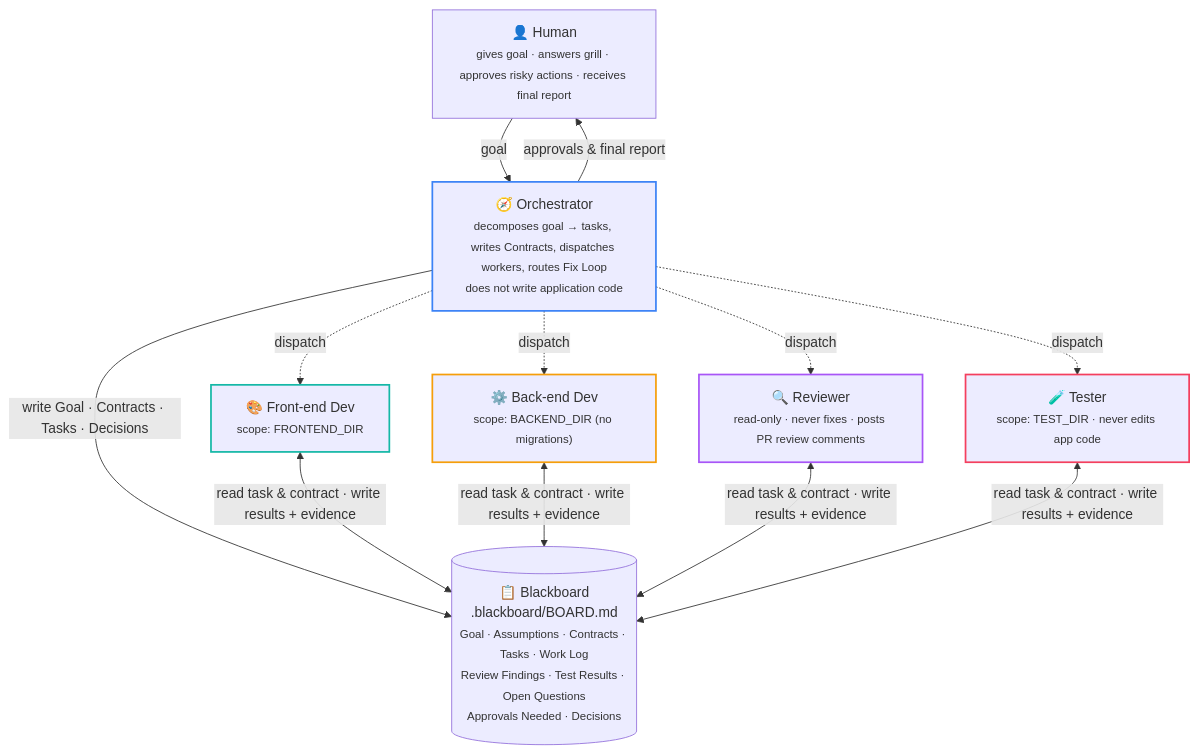
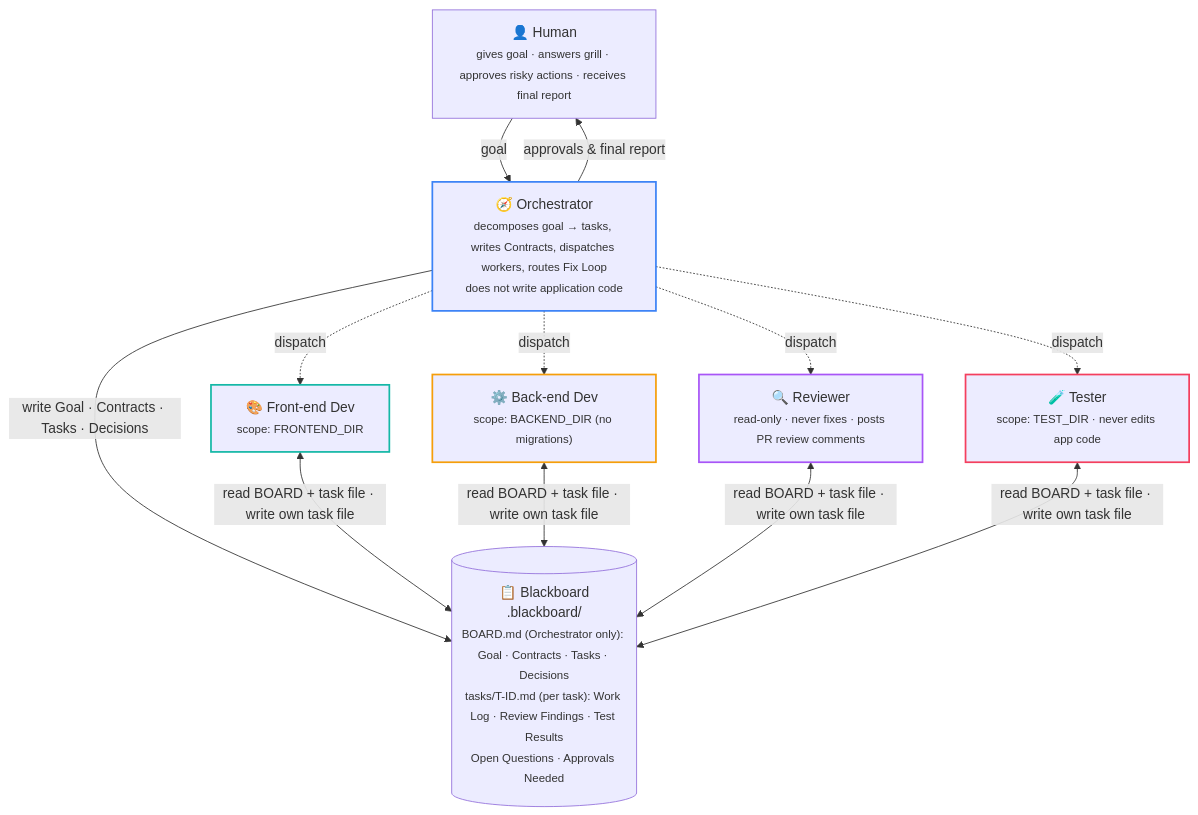
One commit to kikiriky-hue/my-agent changed the first of 4 diagrams in README.md. Above: the diagram before and after it, drawn with Mermaid. The commit also changed other lines of this file and 4 other files, not shown here.

First line of the commit message:
Isolate blackboard writes, commit per task, and ignore the live board

````diff
--- a/README.md
+++ b/README.md
@@ -27,27 +29,27 @@
 ```mermaid
 flowchart TB
     H["👤 Human<br/><small>gives goal · answers grill · approves risky actions · receives final report</small>"]
     O["🧭 Orchestrator<br/><small>decomposes goal → tasks, writes Contracts, dispatches workers, routes Fix Loop<br/>does not write application code</small>"]
-    B[("📋 Blackboard<br/>.blackboard/BOARD.md<br/><small>Goal · Assumptions · Contracts · Tasks · Work Log<br/>Review Findings · Test Results · Open Questions<br/>Approvals Needed · Decisions</small>")]
+    B[("📋 Blackboard<br/>.blackboard/<br/><small>BOARD.md (Orchestrator only): Goal · Contracts · Tasks · Decisions<br/>tasks/T-ID.md (per task): Work Log · Review Findings · Test Results<br/>Open Questions · Approvals Needed</small>")]
     FE["🎨 Front-end Dev<br/><small>scope: FRONTEND_DIR</small>"]
     BE["⚙️ Back-end Dev<br/><small>scope: BACKEND_DIR (no migrations)</small>"]
     RV["🔍 Reviewer<br/><small>read-only · never fixes · posts PR review comments</small>"]
     TS["🧪 Tester<br/><small>scope: TEST_DIR · never edits app code</small>"]
 
     H -- goal --> O
     O -- "approvals & final report" --> H
     O -- "write Goal · Contracts · Tasks · Decisions" --> B
     O -. dispatch .-> FE & BE & RV & TS
-    FE & BE & RV & TS <-->|"read task & contract · write results + evidence"| B
+    FE & BE & RV & TS <-->|"read BOARD + task file · write own task file"| B
 
     classDef orch stroke:#3b82f6,stroke-width:2px
     classDef fe stroke:#14b8a6,stroke-width:2px
     classDef be stroke:#f59e0b,stroke-width:2px
     classDef rv stroke:#a855f7,stroke-width:2px
     classDef ts stroke:#f43f5e,stroke-width:2px
     class O orch
     class FE fe
     class BE be
     class RV rv
     class TS ts
 ```
````
